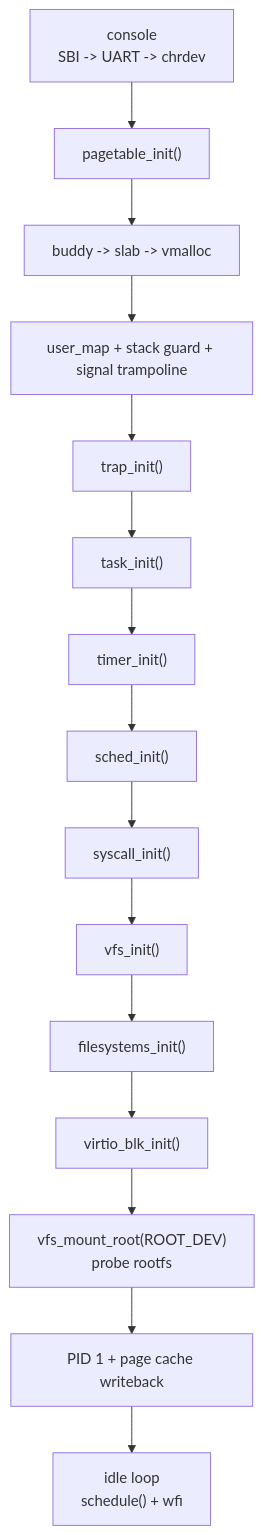
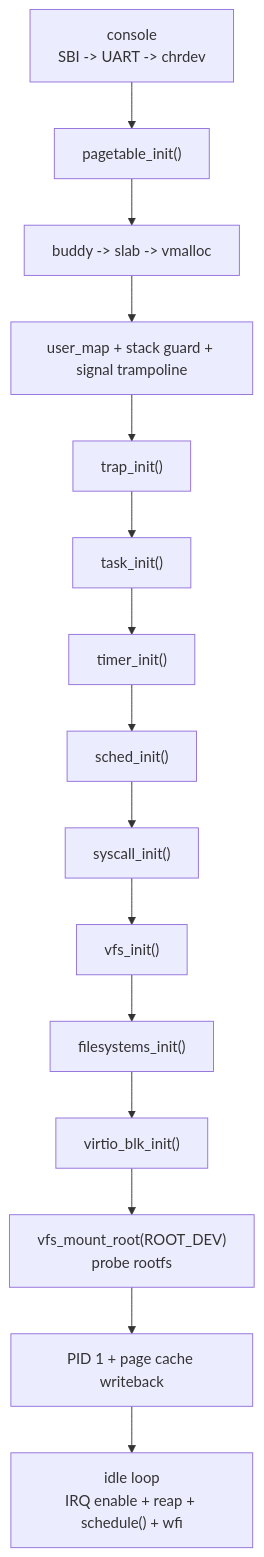
The second of 2 diagrams in docs/architecture/boot.md (pillow-zx/CuteOS), drawn with Mermaid before and after one commit. The commit also changed other lines of this file and 21 other files, not shown here.

````diff
--- a/docs/architecture/boot.md
+++ b/docs/architecture/boot.md
@@ -64,21 +64,21 @@
 ```mermaid
 flowchart TD
     Console["console<br/>SBI -> UART -> chrdev"]
     PT["pagetable_init()"]
     Alloc["buddy -> slab -> vmalloc"]
     UserMap["user_map + stack guard + signal trampoline"]
     Trap["trap_init()"]
     Task["task_init()"]
     Timer["timer_init()"]
     Sched["sched_init()"]
     Syscall["syscall_init()"]
     VFS["vfs_init()"]
     FS["filesystems_init()"]
     Block["virtio_blk_init()"]
     Root["vfs_mount_root(ROOT_DEV)<br/>probe rootfs"]
     Threads["PID 1 + page cache writeback"]
-    Idle["idle loop<br/>schedule() + wfi"]
+    Idle["idle loop<br/>IRQ enable + reap + schedule() + wfi"]
 
     Console --> PT --> Alloc --> UserMap --> Trap --> Task --> Timer
     Timer --> Sched --> Syscall --> VFS --> FS --> Block --> Root --> Threads --> Idle
 ```
````
